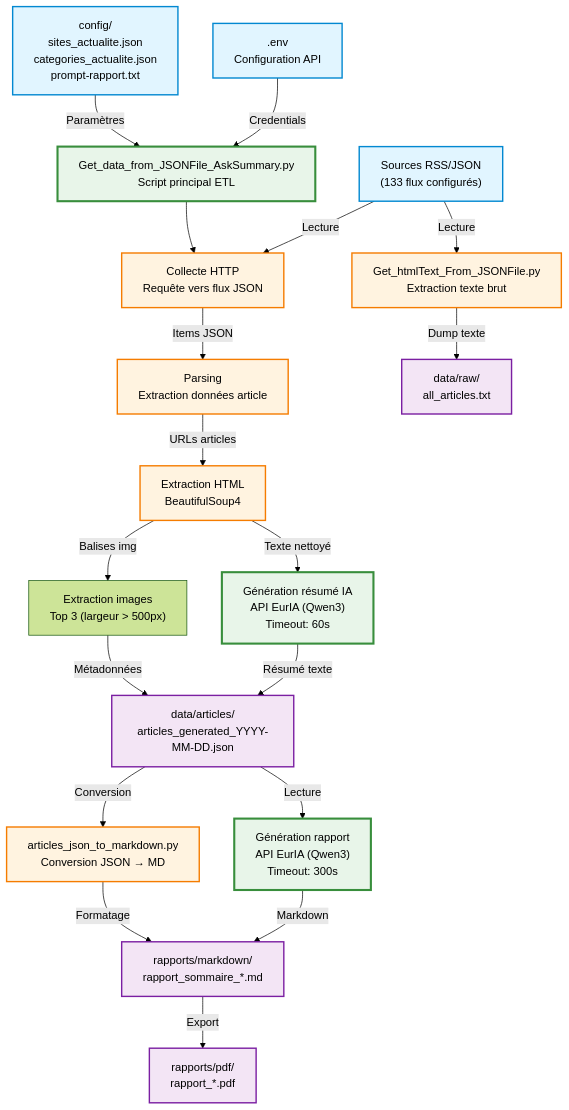
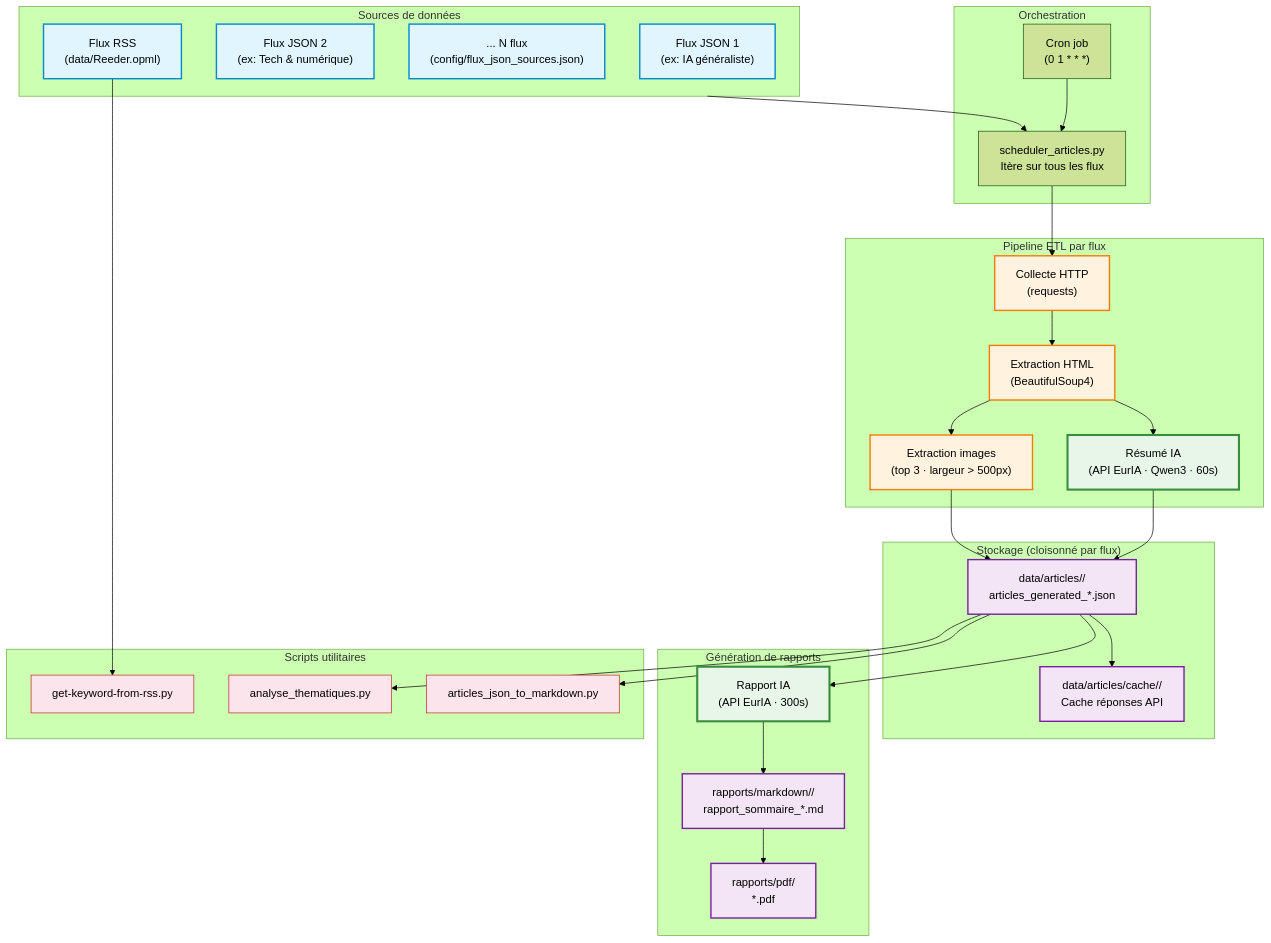
Before and after one commit to pat-the-geek/AnalyseActualites: the first of 9 diagrams in docs/ARCHITECTURE.md, drawn with Mermaid (forest theme). The commit also changed other lines of this file and 10 other files, not shown here.

````diff
--- a/docs/ARCHITECTURE.md
+++ b/docs/ARCHITECTURE.md
@@ -105,66 +42,65 @@
 ```mermaid
 flowchart TB
-    %% Sources de données
-    RSS["Sources RSS/JSON<br/>(133 flux configurés)"]
-    ENV[".env<br/>Configuration API"]
-    CONFIG["config/<br/>sites_actualite.json<br/>categories_actualite.json<br/>prompt-rapport.txt"]
-    
-    %% Script principal
-    MAIN["Get_data_from_JSONFile_AskSummary.py<br/>Script principal ETL"]
-    
-    %% Étapes de traitement
-    FETCH["Collecte HTTP<br/>Requête vers flux JSON"]
-    PARSE["Parsing<br/>Extraction données article"]
-    HTML["Extraction HTML<br/>BeautifulSoup4"]
-    SUMMARY["Génération résumé IA<br/>API EurIA (Qwen3)<br/>Timeout: 60s"]
-    IMAGES["Extraction images<br/>Top 3 (largeur > 500px)"]
-    
-    %% Stockage
-    JSON_OUT["data/articles/<br/>articles_generated_YYYY-MM-DD.json"]
-    RAW_OUT["data/raw/<br/>all_articles.txt"]
-    
-    %% Génération rapport
-    REPORT["Génération rapport<br/>API EurIA (Qwen3)<br/>Timeout: 300s"]
-    MD_OUT["rapports/markdown/<br/>rapport_sommaire_*.md"]
-    PDF_OUT["rapports/pdf/<br/>rapport_*.pdf"]
-    
-    %% Scripts utilitaires
-    EXTRACT["Get_htmlText_From_JSONFile.py<br/>Extraction texte brut"]
-    CONVERT["articles_json_to_markdown.py<br/>Conversion JSON → MD"]
-    
-    %% Flux principal
-    RSS -->|Lecture| FETCH
-    ENV -->|Credentials| MAIN
-    CONFIG -->|Paramètres| MAIN
-    
-    MAIN --> FETCH
-    FETCH -->|Items JSON| PARSE
-    PARSE -->|URLs articles| HTML
-    HTML -->|Texte nettoyé| SUMMARY
-    HTML -->|Balises img| IMAGES
-    
-    SUMMARY -->|Résumé texte| JSON_OUT
-    IMAGES -->|Métadonnées| JSON_OUT
-    
-    JSON_OUT -->|Lecture| REPORT
-    REPORT -->|Markdown| MD_OUT
-    MD_OUT -->|Export| PDF_OUT
-    
-    %% Flux secondaires
-    RSS -->|Lecture| EXTRACT
-    EXTRACT -->|Dump texte| RAW_OUT
-    
-    JSON_OUT -->|Conversion| CONVERT
-    CONVERT -->|Formatage| MD_OUT
-    
-    %% Styling
-    classDef sourceStyle fill:#e1f5ff,stroke:#0288d1,stroke-width:2px
-    classDef processStyle fill:#fff3e0,stroke:#f57c00,stroke-width:2px
-    classDef storageStyle fill:#f3e5f5,stroke:#7b1fa2,stroke-width:2px
-    classDef aiStyle fill:#e8f5e9,stroke:#388e3c,stroke-width:3px
-    
-    class RSS,ENV,CONFIG sourceStyle
-    class FETCH,PARSE,HTML,EXTRACT,CONVERT processStyle
-    class JSON_OUT,RAW_OUT,MD_OUT,PDF_OUT storageStyle
-    class SUMMARY,REPORT,MAIN aiStyle
+    subgraph SOURCES["Sources de données"]
+        F1["Flux JSON 1\n(ex: IA généraliste)"]
+        F2["Flux JSON 2\n(ex: Tech & numérique)"]
+        FN["... N flux\n(config/flux_json_sources.json)"]
+        RSS["Flux RSS\n(data/Reeder.opml)"]
+    end
+
+    subgraph ORCHESTRATION["Orchestration"]
+        CRON["Cron job\n(0 1 * * *)"]
+        SCHED["scheduler_articles.py\nItère sur tous les flux"]
+        CRON --> SCHED
+    end
+
+    subgraph PIPELINE["Pipeline ETL par flux"]
+        COLLECT["Collecte HTTP\n(requests)"]
+        EXTRACT["Extraction HTML\n(BeautifulSoup4)"]
+        SUMMARIZE["Résumé IA\n(API EurIA · Qwen3 · 60s)"]
+        IMAGES["Extraction images\n(top 3 · largeur > 500px)"]
+    end
+
+    subgraph STORAGE["Stockage (cloisonné par flux)"]
+        JOUT["data/articles/<flux>/\narticles_generated_*.json"]
+        CACHE["data/articles/cache/<flux>/\nCache réponses API"]
+    end
+
+    subgraph REPORTS["Génération de rapports"]
+        REPORT["Rapport IA\n(API EurIA · 300s)"]
+        MDOUT["rapports/markdown/<flux>/\nrapport_sommaire_*.md"]
+        PDF["rapports/pdf/\n*.pdf"]
+    end
+
+    subgraph UTILS["Scripts utilitaires"]
+        KEYWORD["get-keyword-from-rss.py"]
+        THEMA["analyse_thematiques.py"]
+        MD2["articles_json_to_markdown.py"]
+    end
+
+    SOURCES --> SCHED
+    SCHED --> COLLECT
+    COLLECT --> EXTRACT
+    EXTRACT --> SUMMARIZE
+    EXTRACT --> IMAGES
+    SUMMARIZE --> JOUT
+    IMAGES --> JOUT
+    JOUT --> CACHE
+    JOUT --> REPORT
+    REPORT --> MDOUT
+    MDOUT --> PDF
+    RSS --> KEYWORD
+    JOUT --> THEMA
+    JOUT --> MD2
+
+    classDef source fill:#e1f5ff,stroke:#0288d1,stroke-width:2px
+    classDef process fill:#fff3e0,stroke:#f57c00,stroke-width:2px
+    classDef storage fill:#f3e5f5,stroke:#7b1fa2,stroke-width:2px
+    classDef ai fill:#e8f5e9,stroke:#388e3c,stroke-width:3px
+    classDef util fill:#fce4ec,stroke:#c62828,stroke-width:1px
+    class F1,F2,FN,RSS source
+    class COLLECT,EXTRACT,IMAGES process
+    class JOUT,CACHE,MDOUT,PDF storage
+    class SUMMARIZE,REPORT ai
+    class KEYWORD,THEMA,MD2 util
 ```
````
